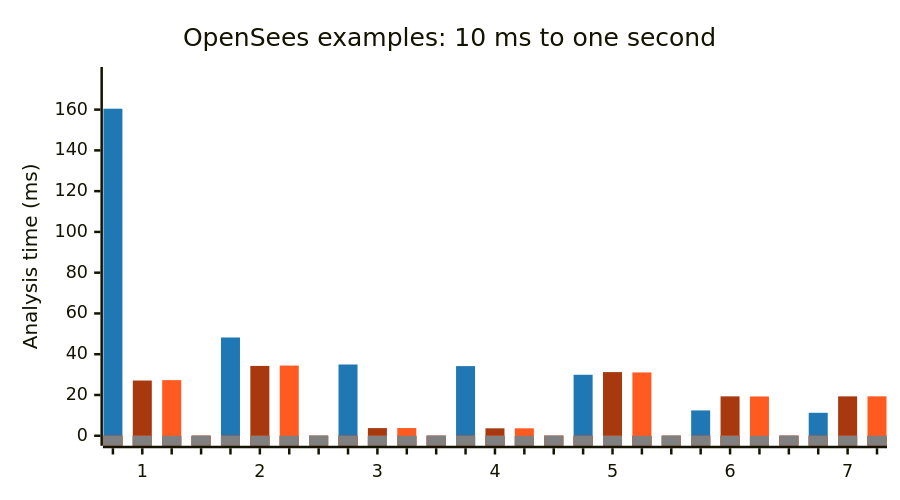
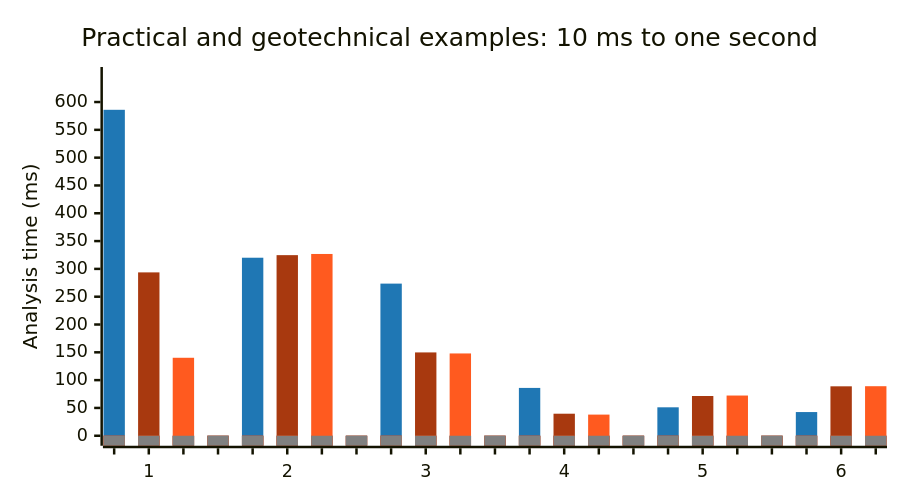
The seventh of 11 diagrams in docs/benchmark-opensees-examples.md (NathanaelRea/Strut), drawn with Mermaid before and after one commit. The commit also changed other lines of this file and 57 other files, not shown here.

````diff
--- a/docs/benchmark-opensees-examples.md
+++ b/docs/benchmark-opensees-examples.md
@@ -127,18 +270,18 @@
 ```mermaid
 ---
 config:
   xyChart:
     height: 380
   themeVariables:
     xyChart:
       plotColorPalette: '#1f77b4, #a8390f, #FF5A1F, #808080'
 ---
 xychart-beta
-    title "OpenSees examples: 10 ms to one second"
-    x-axis ["​", "1", "​​", "​​​", "​​​​", "2", "​​​​​", "​​​​​​", "​​​​​​​", "3", "​​​​​​​​", "​​​​​​​​​", "​​​​​​​​​​", "4", "​​​​​​​​​​​", "​​​​​​​​​​​​", "​​​​​​​​​​​​​", "5", "​​​​​​​​​​​​​​", "​​​​​​​​​​​​​​​", "​​​​​​​​​​​​​​​​", "6", "​​​​​​​​​​​​​​​​​", "​​​​​​​​​​​​​​​​​​", "​​​​​​​​​​​​​​​​​​​", "7", "​​​​​​​​​​​​​​​​​​​​"]
-    y-axis "Analysis time (ms)" 0 --> 176
-    bar "opensees" [160.446, 0, 0, 0, 48.203, 0, 0, 0, 34.956, 0, 0, 0, 34.164, 0, 0, 0, 29.923, 0, 0, 0, 12.430, 0, 0, 0, 11.266, 0, 0]
-    bar "strut" [0, 27.096, 0, 0, 0, 34.260, 0, 0, 0, 3.753, 0, 0, 0, 3.647, 0, 0, 0, 31.232, 0, 0, 0, 19.324, 0, 0, 0, 19.322, 0]
-    bar "strut-8" [0, 0, 27.275, 0, 0, 0, 34.415, 0, 0, 0, 3.781, 0, 0, 0, 3.646, 0, 0, 0, 31.062, 0, 0, 0, 19.271, 0, 0, 0, 19.339]
-    bar [0, 0, 0, 0, 0, 0, 0, 0, 0, 0, 0, 0, 0, 0, 0, 0, 0, 0, 0, 0, 0, 0, 0, 0, 0, 0, 0]
+    title "Practical and geotechnical examples: 10 ms to one second"
+    x-axis ["​", "1", "​​", "​​​", "​​​​", "2", "​​​​​", "​​​​​​", "​​​​​​​", "3", "​​​​​​​​", "​​​​​​​​​", "​​​​​​​​​​", "4", "​​​​​​​​​​​", "​​​​​​​​​​​​", "​​​​​​​​​​​​​", "5", "​​​​​​​​​​​​​​", "​​​​​​​​​​​​​​​", "​​​​​​​​​​​​​​​​", "6", "​​​​​​​​​​​​​​​​​"]
+    y-axis "Analysis time (ms)" 0 --> 645
+    bar "opensees" [586.017, 0, 0, 0, 320.069, 0, 0, 0, 273.527, 0, 0, 0, 85.999, 0, 0, 0, 51.136, 0, 0, 0, 42.595, 0, 0]
+    bar "strut" [0, 293.709, 0, 0, 0, 324.705, 0, 0, 0, 149.819, 0, 0, 0, 39.627, 0, 0, 0, 71.460, 0, 0, 0, 88.879, 0]
+    bar "strut-8" [0, 0, 140.196, 0, 0, 0, 326.826, 0, 0, 0, 147.959, 0, 0, 0, 38.020, 0, 0, 0, 72.300, 0, 0, 0, 89.066]
+    bar [0, 0, 0, 0, 0, 0, 0, 0, 0, 0, 0, 0, 0, 0, 0, 0, 0, 0, 0, 0, 0, 0, 0]
 ```
````
